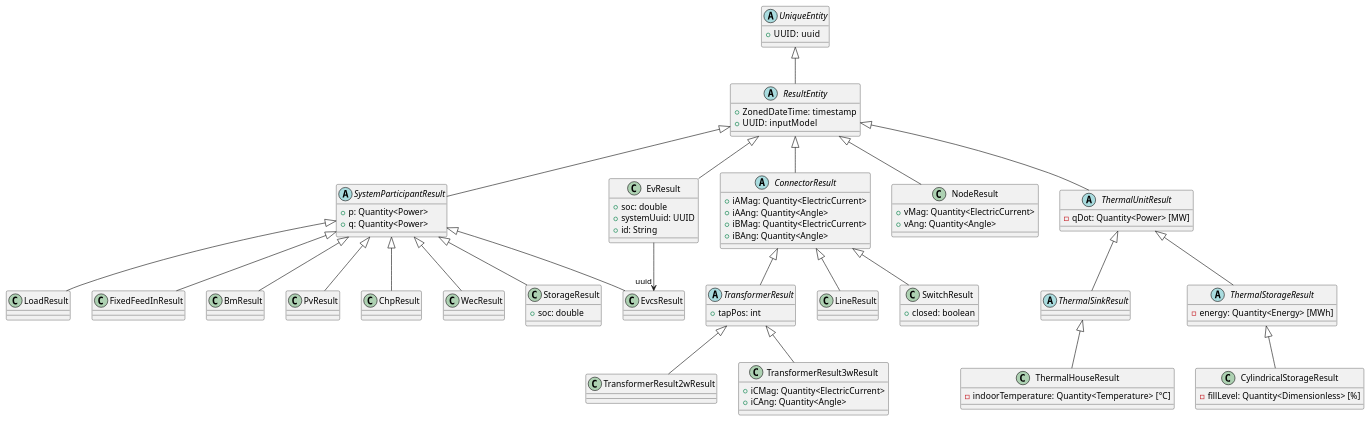
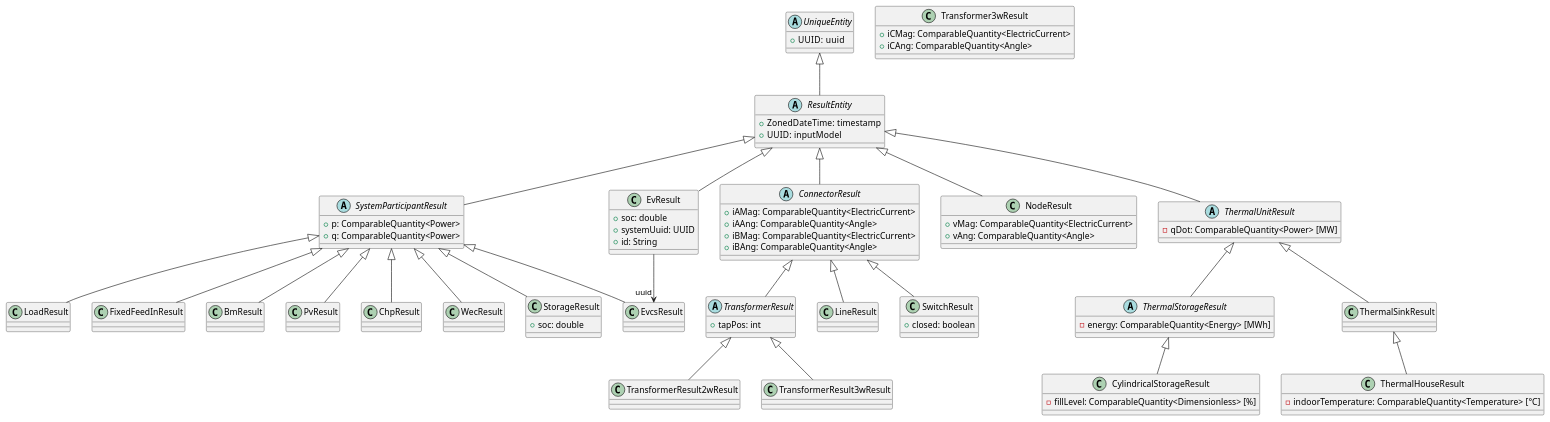
One commit to ie3-institute/PowerSystemDataModel changed the diagram in docs/uml/main/OutputDatamodelConcept.puml. Above: the diagram before and after it, drawn with PlantUML. The commit also changed 3 other files, not shown here.

```diff
--- a/docs/uml/main/OutputDatamodelConcept.puml
+++ b/docs/uml/main/OutputDatamodelConcept.puml
@@ -1,122 +1,120 @@
 @startuml
 
 abstract Class UniqueEntity{
     + UUID:  uuid
 }
 
 abstract Class ResultEntity{
     + ZonedDateTime:  timestamp
     + UUID:  inputModel
 }
 
 abstract Class SystemParticipantResult{
-    + p: Quantity<Power>
-    + q: Quantity<Power>
+    + p: ComparableQuantity<Power>
+    + q: ComparableQuantity<Power>
 }
 
 abstract Class ConnectorResult{
-    + iAMag: Quantity<ElectricCurrent>
-    + iAAng: Quantity<Angle>
-    + iBMag: Quantity<ElectricCurrent>
-    + iBAng: Quantity<Angle>
+    + iAMag: ComparableQuantity<ElectricCurrent>
+    + iAAng: ComparableQuantity<Angle>
+    + iBMag: ComparableQuantity<ElectricCurrent>
+    + iBAng: ComparableQuantity<Angle>
 }
 
 abstract Class TransformerResult{
     + tapPos: int
 }
 
 Class NodeResult{
-    + vMag: Quantity<ElectricCurrent>
-    + vAng: Quantity<Angle>
+    + vMag: ComparableQuantity<ElectricCurrent>
+    + vAng: ComparableQuantity<Angle>
 }
 
 Class LineResult{
 
 }
 
 Class TransformerResult2wResult{
 }
 
-Class TransformerResult3wResult{
-    + iCMag: Quantity<ElectricCurrent>
-    + iCAng: Quantity<Angle>
+Class Transformer3wResult{
+    + iCMag: ComparableQuantity<ElectricCurrent>
+    + iCAng: ComparableQuantity<Angle>
 }
 
 Class LoadResult
 
 Class FixedFeedInResult
 
 
 Class BmResult
 
 
 Class PvResult
 
 
 Class ChpResult
 
 
 Class WecResult
 
 Abstract Class ThermalUnitResult {
-    - qDot: Quantity<Power> [MW]
+    - qDot: ComparableQuantity<Power> [MW]
 }
 
-Abstract Class ThermalSinkResult
-
 Class ThermalHouseResult {
-    - indoorTemperature: Quantity<Temperature> [°C]
+    - indoorTemperature: ComparableQuantity<Temperature> [°C]
 }
 
 Abstract Class ThermalStorageResult {
-    - energy: Quantity<Energy> [MWh]
+    - energy: ComparableQuantity<Energy> [MWh]
 }
 
 Class CylindricalStorageResult {
-  - fillLevel: Quantity<Dimensionless> [%]
+  - fillLevel: ComparableQuantity<Dimensionless> [%]
 }
 
 Class EvcsResult
 
 
 Class EvResult{
     + soc: double
     + systemUuid: UUID
     + id: String
 }
 
 Class StorageResult{
     + soc: double
 }
 
 Class SwitchResult{
     + closed: boolean
 }
 
 UniqueEntity <|-- ResultEntity
 ResultEntity <|-- ConnectorResult
 ResultEntity <|-- SystemParticipantResult
 ResultEntity <|-- NodeResult
 ResultEntity <|-- EvResult
 ResultEntity <|-- ThermalUnitResult
 SystemParticipantResult <|-- FixedFeedInResult
 SystemParticipantResult <|-- BmResult
 SystemParticipantResult <|-- PvResult
 SystemParticipantResult <|-- ChpResult
 SystemParticipantResult <|-- WecResult
 SystemParticipantResult <|-- EvcsResult
 SystemParticipantResult <|-- StorageResult
 SystemParticipantResult <|-- LoadResult
 ThermalUnitResult <|-- ThermalSinkResult
 ThermalUnitResult <|-- ThermalStorageResult
 ThermalSinkResult <|-- ThermalHouseResult
 ThermalStorageResult <|-- CylindricalStorageResult
 ConnectorResult <|-- SwitchResult
 EvResult --> "uuid" EvcsResult
 
 ConnectorResult <|-- LineResult
 ConnectorResult <|-- TransformerResult
 TransformerResult <|-- TransformerResult2wResult
 TransformerResult <|-- TransformerResult3wResult
 
 @enduml
```
